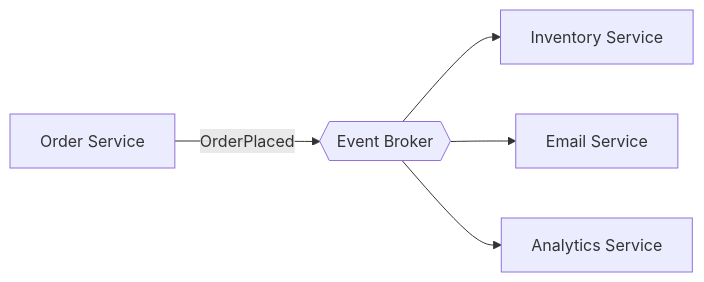
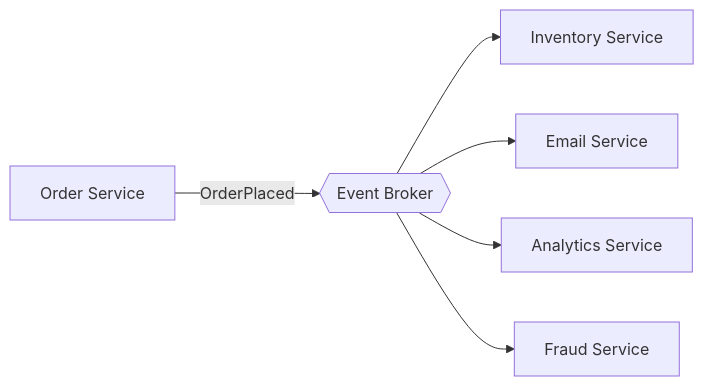
The diagram in event-driven/README.md (ruchit07/system-architecture-catalog), drawn with Mermaid before and after one commit. The commit also changed other lines of this file and 54 other files, not shown here.

````diff
--- a/event-driven/README.md
+++ b/event-driven/README.md
@@ -5,7 +5,8 @@
 ```mermaid
 flowchart LR
-    P1[Order Service] -->|OrderPlaced| B{{Event Broker}}
+    P[Order Service] -->|OrderPlaced| B{{Event Broker}}
     B --> C1[Inventory Service]
     B --> C2[Email Service]
     B --> C3[Analytics Service]
+    B --> C4[Fraud Service]
 ```
````
